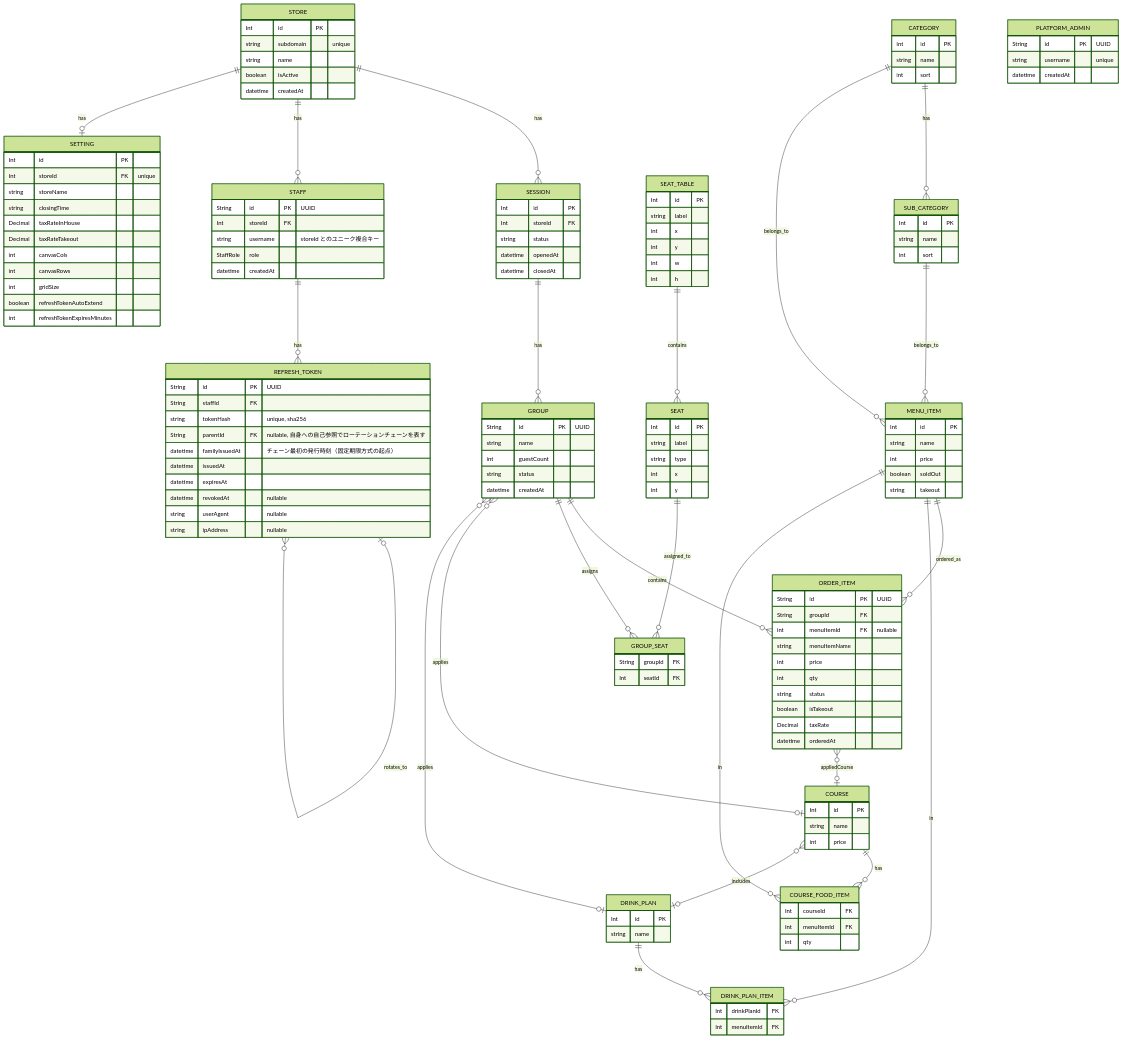
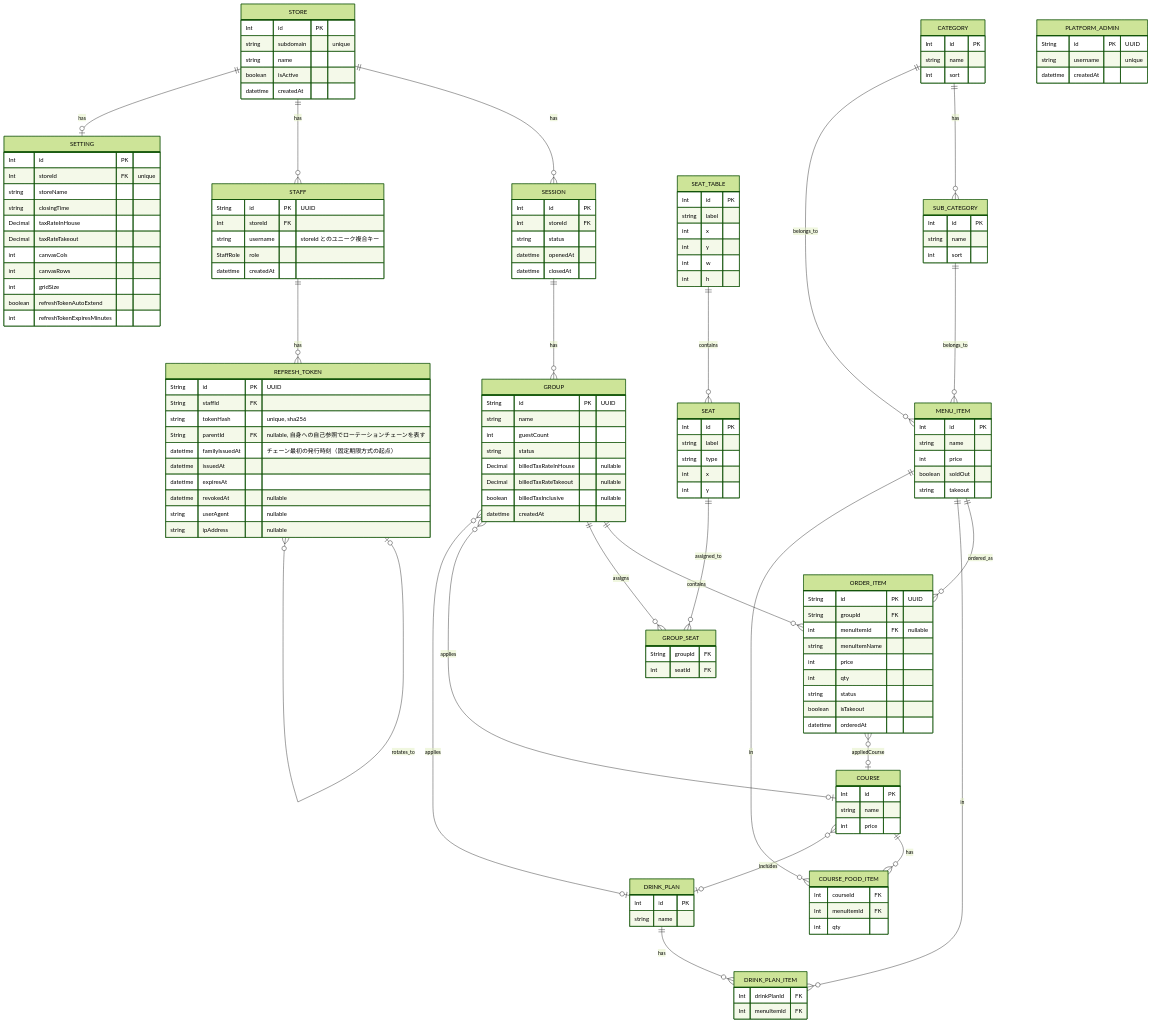
Before and after one commit to minamoto-minamo/order-system: the diagram in docs/data-model/overview.md, drawn with Mermaid (forest theme). The commit also changed 33 other files, not shown here.

```diff
--- a/docs/data-model/overview.md
+++ b/docs/data-model/overview.md
@@ -86,6 +86,9 @@
       string name
       int guestCount
       string status
+      Decimal billedTaxRateInHouse "nullable"
+      Decimal billedTaxRateTakeout "nullable"
+      boolean billedTaxInclusive "nullable"
       datetime createdAt
     }
     GROUP_SEAT {
@@ -101,7 +104,6 @@
       int qty
       string status
       boolean isTakeout
-      Decimal taxRate
       datetime orderedAt
     }
     SEAT_TABLE {
```
